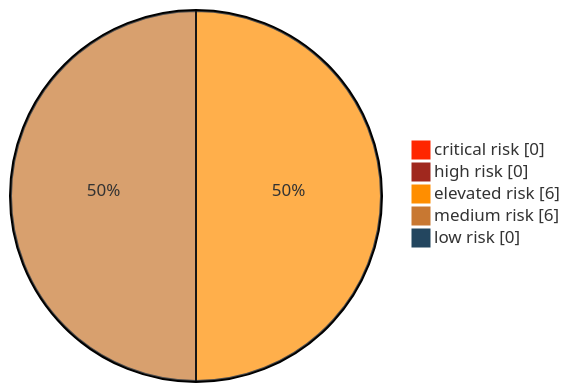
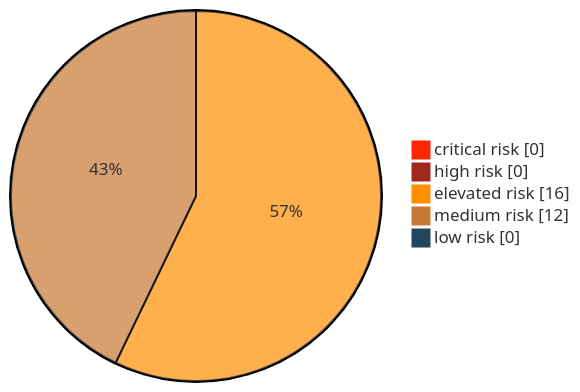
One commit to Luv1881/Threat-model changed the first of 2 diagrams in threagile/output/linddun/adocReport/010_ManagementSummary.adoc. Above: the diagram before and after it, drawn with Mermaid. The commit also changed other lines of this file and 312 other files, not shown here.

```diff
--- a/threagile/output/linddun/adocReport/010_ManagementSummary.adoc
+++ b/threagile/output/linddun/adocReport/010_ManagementSummary.adoc
@@ -23,10 +23,10 @@
 [mermaid]
 ....
 %%{init: {'pie' : {'textPosition' : 0.5}, 'theme': 'base', 'themeVariables': { 'pie1': '#FF2600', 'pie2': '#A0281E', 'pie3': '#FF8E00', 'pie4': '#C87832', 'pie5': '#23465F'}}}%%
 pie showData
   "critical risk" : 0
   "high risk" : 0
-  "elevated risk" : 6
-  "medium risk" : 6
+  "elevated risk" : 16
+  "medium risk" : 12
   "low risk" : 0
 ....
```
